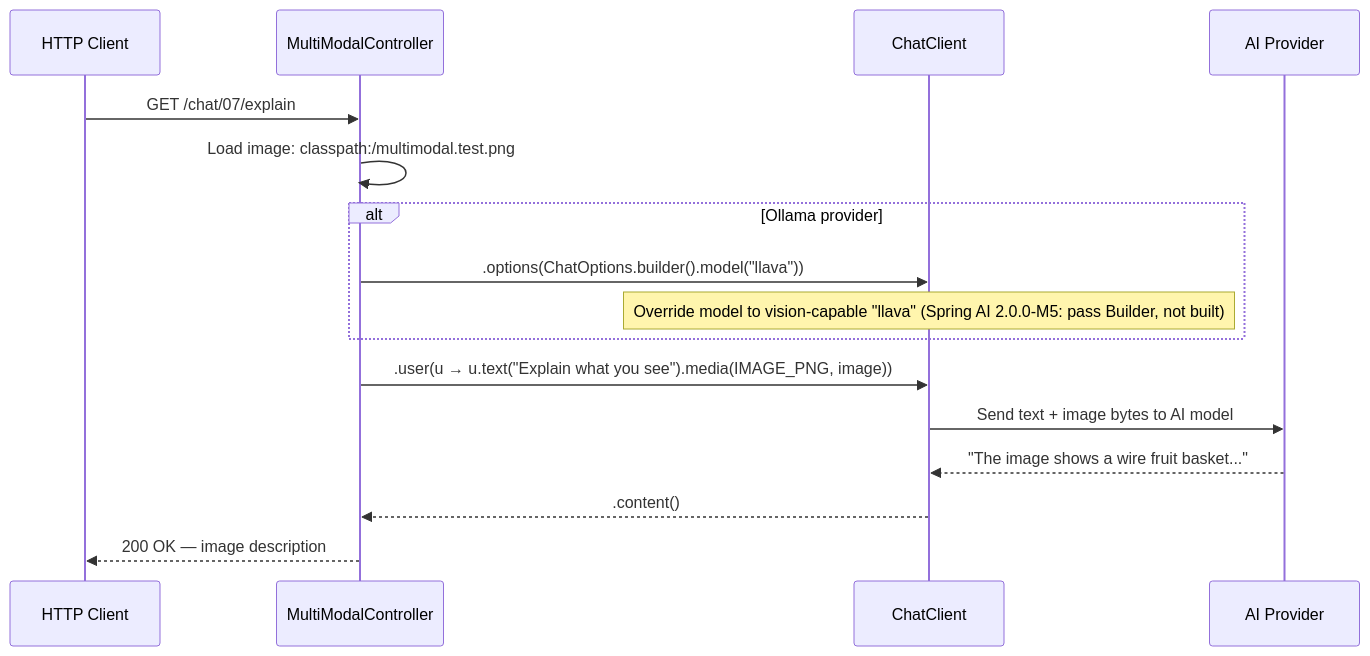
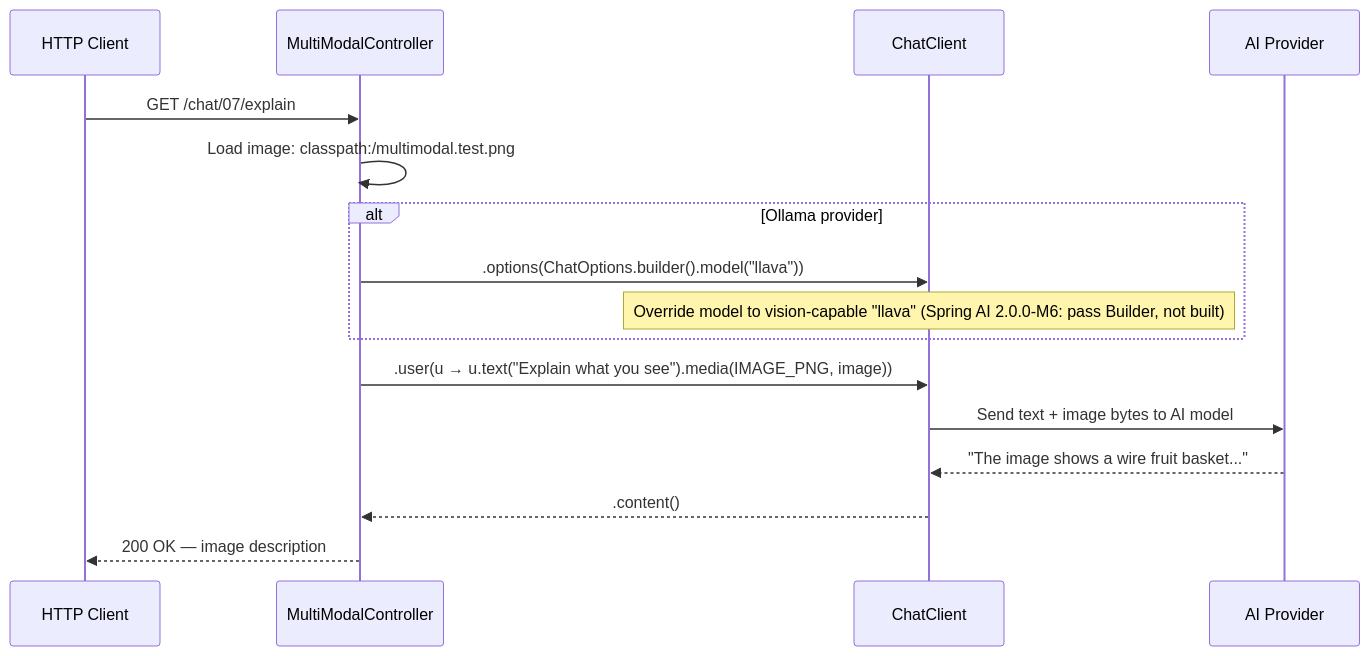
One commit to dcaron/spring-ai-zero-to-hero2 changed diagram 12 of 14 in docs/spring-ai/SPRING_AI_STAGE_1.md. Above: the diagram before and after it, drawn with Mermaid. The commit also changed other lines of this file and 48 other files, not shown here.

First line of the commit message:
chore(spring-ai): bump 2.0.0-M5 → 2.0.0-M6 + chat-memory advisor migration

````diff
--- a/docs/spring-ai/SPRING_AI_STAGE_1.md
+++ b/docs/spring-ai/SPRING_AI_STAGE_1.md
@@ -774,22 +774,22 @@
 ```mermaid
 sequenceDiagram
     participant Client as HTTP Client
     participant Controller as MultiModalController
     participant ChatClient as ChatClient
     participant LLM as AI Provider
 
     Client->>Controller: GET /chat/07/explain
 
     Controller->>Controller: Load image: classpath:/multimodal.test.png
 
     alt Ollama provider
         Controller->>ChatClient: .options(ChatOptions.builder().model("llava"))
-        Note over ChatClient: Override model to vision-capable "llava" (Spring AI 2.0.0-M5: pass Builder, not built)
+        Note over ChatClient: Override model to vision-capable "llava" (Spring AI 2.0.0-M6: pass Builder, not built)
     end
 
     Controller->>ChatClient: .user(u → u.text("Explain what you see").media(IMAGE_PNG, image))
     ChatClient->>LLM: Send text + image bytes to AI model
     LLM-->>ChatClient: "The image shows a wire fruit basket..."
     ChatClient-->>Controller: .content()
     Controller-->>Client: 200 OK — image description
 ```
````
